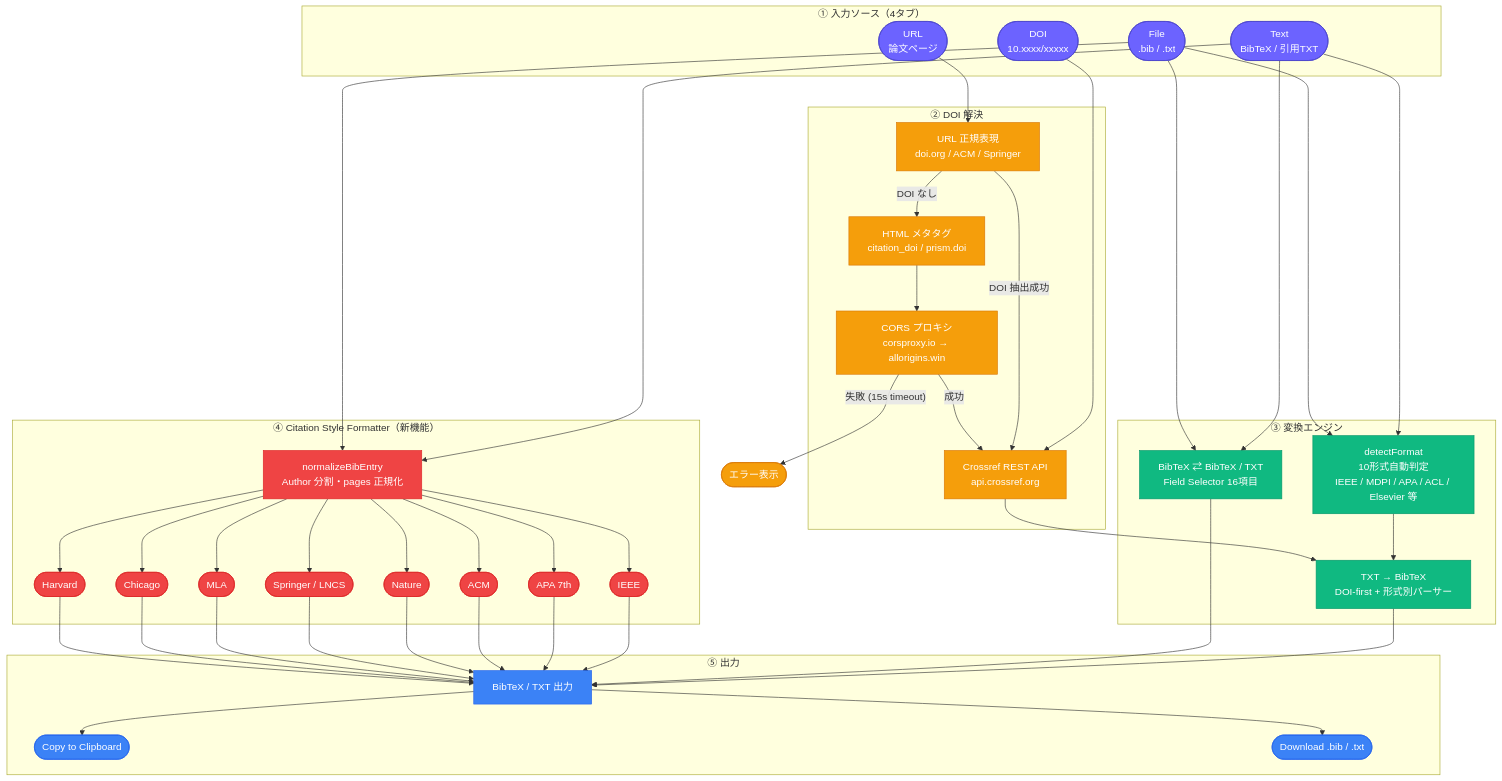
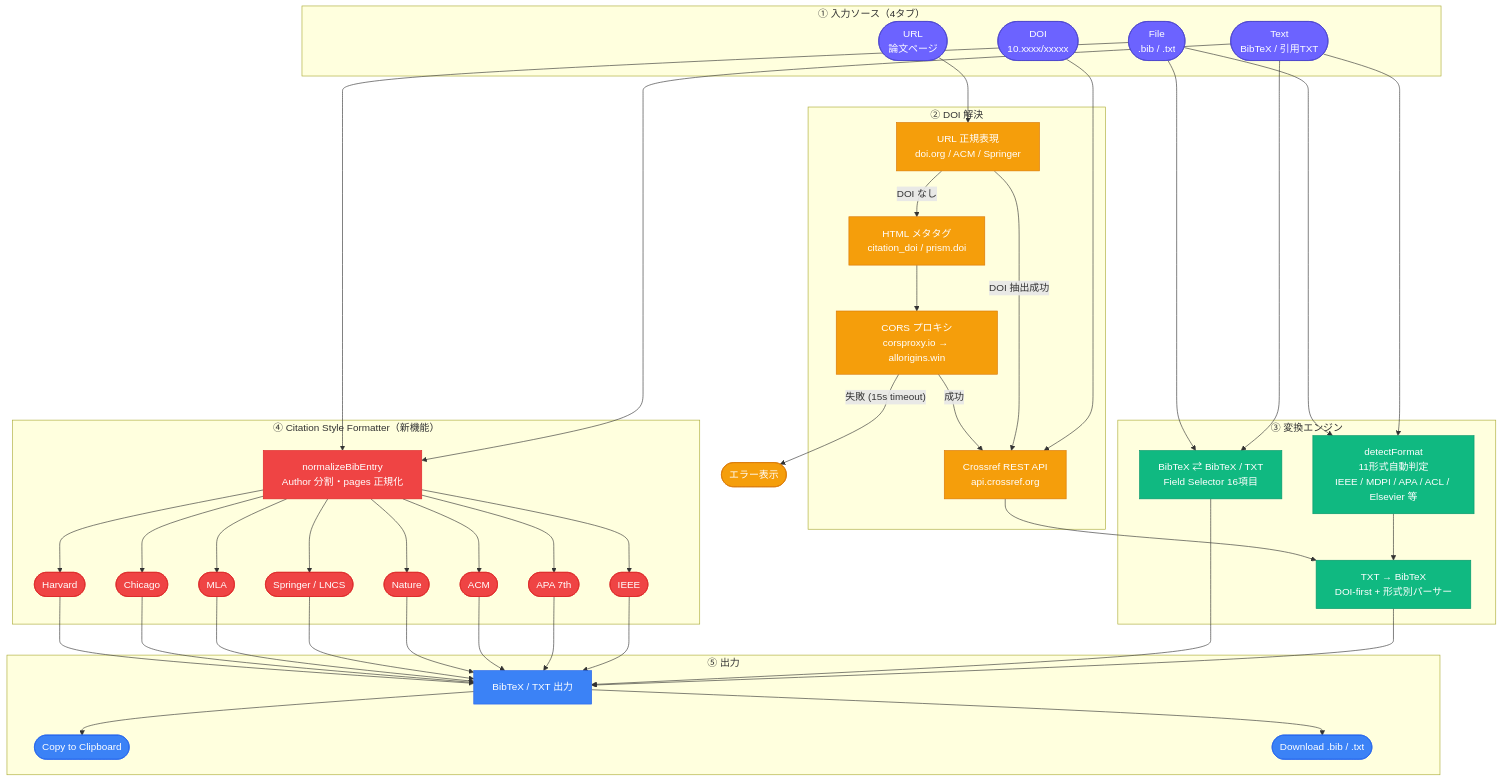
Before and after one commit to Axe0320/citation-bibtex-converter: the diagram in README.md, drawn with Mermaid. The commit also changed other lines of this file, not shown here.

First line of the commit message:
docs: update README for v3 architecture and roadmap

````diff
--- a/README.md
+++ b/README.md
@@ -45,62 +45,62 @@
 ```mermaid
 flowchart TD
     classDef input   fill:#6C63FF,color:#fff,stroke:#4a44cc
     classDef api     fill:#F59E0B,color:#fff,stroke:#D97706
     classDef parse   fill:#10B981,color:#fff,stroke:#059669
     classDef format  fill:#EF4444,color:#fff,stroke:#DC2626
     classDef out     fill:#3B82F6,color:#fff,stroke:#2563EB
 
     subgraph IN["① 入力ソース（4タブ）"]
         T([Text\nBibTeX / 引用TXT]):::input
         D([DOI\n10.xxxx/xxxxx]):::input
         U([URL\n論文ページ]):::input
         F([File\n.bib / .txt]):::input
     end
 
     subgraph RESOLVE["② DOI 解決"]
         RX[URL 正規表現\ndoi.org / ACM / Springer]:::api
         META[HTML メタタグ\ncitation_doi / prism.doi]:::api
         PROXY[CORS プロキシ\ncorsproxy.io → allorigins.win]:::api
         CR[Crossref REST API\napi.crossref.org]:::api
     end
 
     subgraph CONVERT["③ 変換エンジン"]
-        DET[detectFormat\n10形式自動判定\nIEEE / MDPI / APA / ACL / Elsevier 等]:::parse
+        DET[detectFormat\n11形式自動判定\nIEEE / MDPI / APA / ACL / Elsevier 等]:::parse
         T2B[TXT → BibTeX\nDOI-first + 形式別パーサー]:::parse
         B2B[BibTeX ⇄ BibTeX / TXT\nField Selector 16項目]:::parse
     end
 
     subgraph STYLE["④ Citation Style Formatter（新機能）"]
         NORM[normalizeBibEntry\nAuthor 分割・pages 正規化]:::format
         S1([IEEE]):::format
         S2([APA 7th]):::format
         S3([ACM]):::format
         S4([Nature]):::format
         S5([Springer / LNCS]):::format
         S6([MLA]):::format
         S7([Chicago]):::format
         S8([Harvard]):::format
     end
 
     subgraph OUT["⑤ 出力"]
         OP[BibTeX / TXT 出力]:::out
         CP([Copy to Clipboard]):::out
         DL([Download .bib / .txt]):::out
     end
 
     D --> CR
     U --> RX
     RX -->|"DOI 抽出成功"| CR
     RX -->|"DOI なし"| META
     META --> PROXY
     PROXY -->|"成功"| CR
     PROXY -->|"失敗 (15s timeout)"| ERR([エラー表示]):::api
     T & F --> DET --> T2B
     CR --> T2B --> OP
     T & F --> B2B --> OP
     T & F --> NORM
     NORM --> S1 & S2 & S3 & S4
     NORM --> S5 & S6 & S7 & S8
     S1 & S2 & S3 & S4 & S5 & S6 & S7 & S8 --> OP
     OP --> CP & DL
 ```
````
